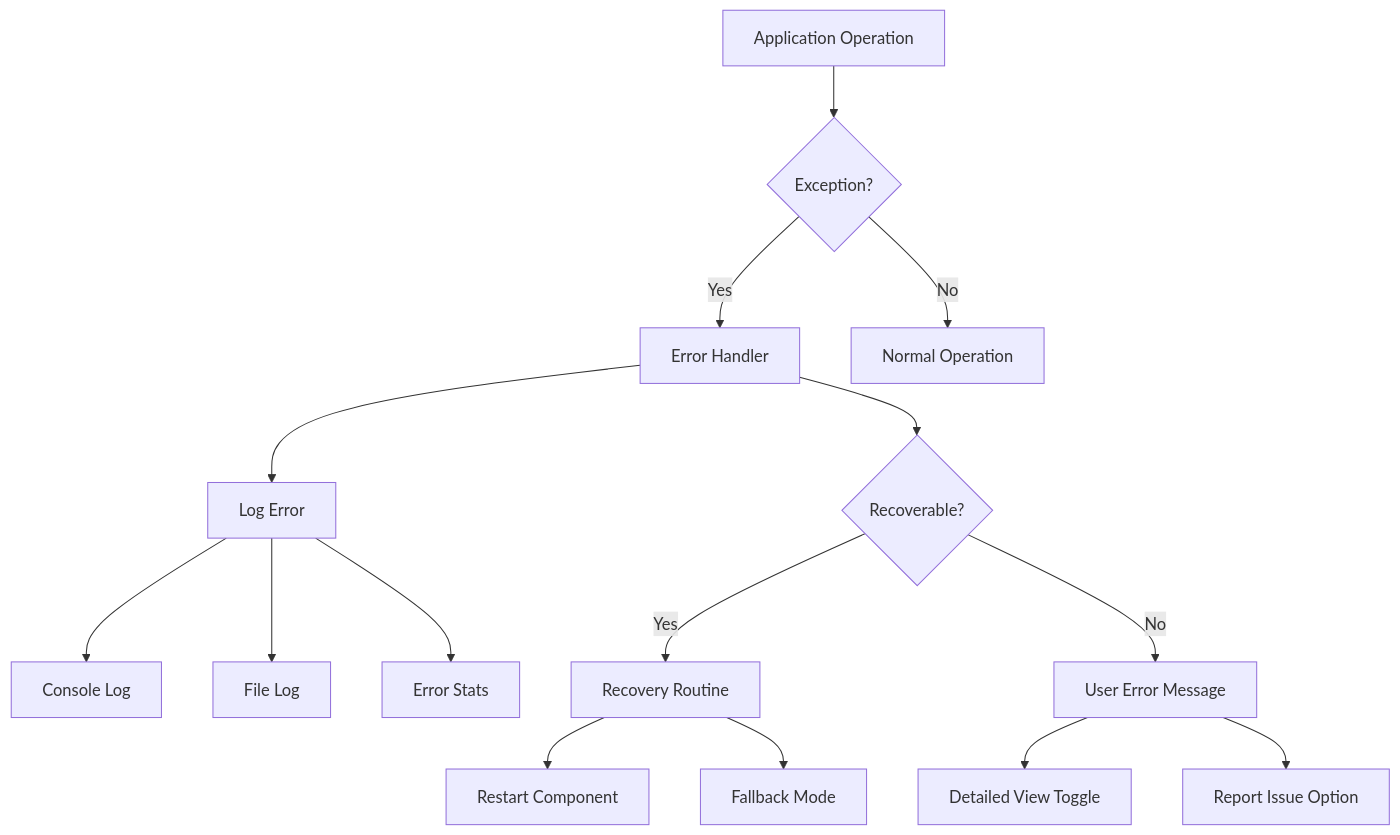
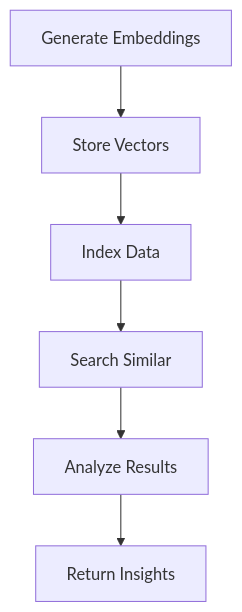
Before and after one commit to yavuztopsever/disco-musica: the second of 11 diagrams in docs/flows.md, drawn with Mermaid. The commit also changed other lines of this file and 87 other files, not shown here.

Commit message:
layer architecture implementation

````diff
--- a/docs/flows.md
+++ b/docs/flows.md
@@ -69,17 +58,8 @@
 ```mermaid
-flowchart TD
-    A[Application Operation] --> B{Exception?}
-    B -->|Yes| C[Error Handler]
-    C --> D[Log Error]
-    D --> D1[Console Log]
-    D --> D2[File Log]
-    D --> D3[Error Stats]
-    C --> E{Recoverable?}
-    E -->|Yes| F[Recovery Routine]
-    F --> G[Restart Component]
-    F --> H[Fallback Mode]
-    E -->|No| I[User Error Message]
-    I --> J[Detailed View Toggle]
-    I --> K[Report Issue Option]
-    B -->|No| L[Normal Operation]
+graph TD
+    A[Generate Embeddings] --> B[Store Vectors]
+    B --> C[Index Data]
+    C --> D[Search Similar]
+    D --> E[Analyze Results]
+    E --> F[Return Insights]
 ```
````
